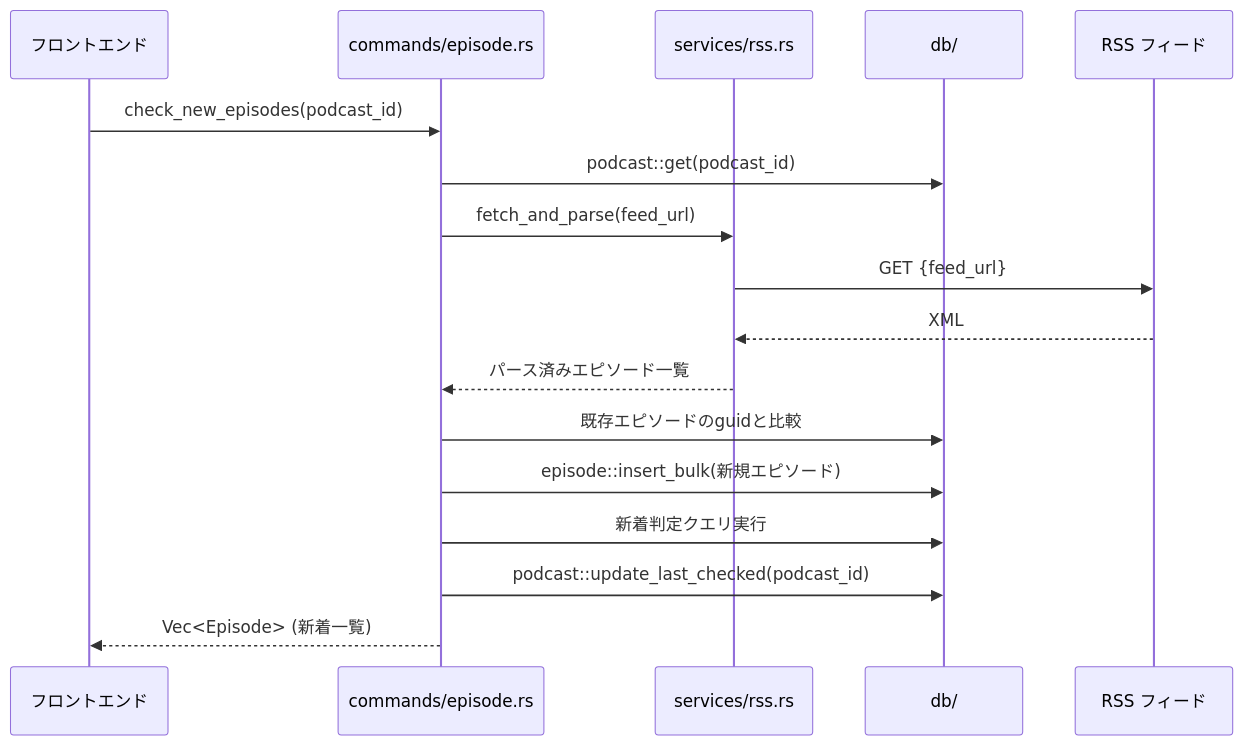
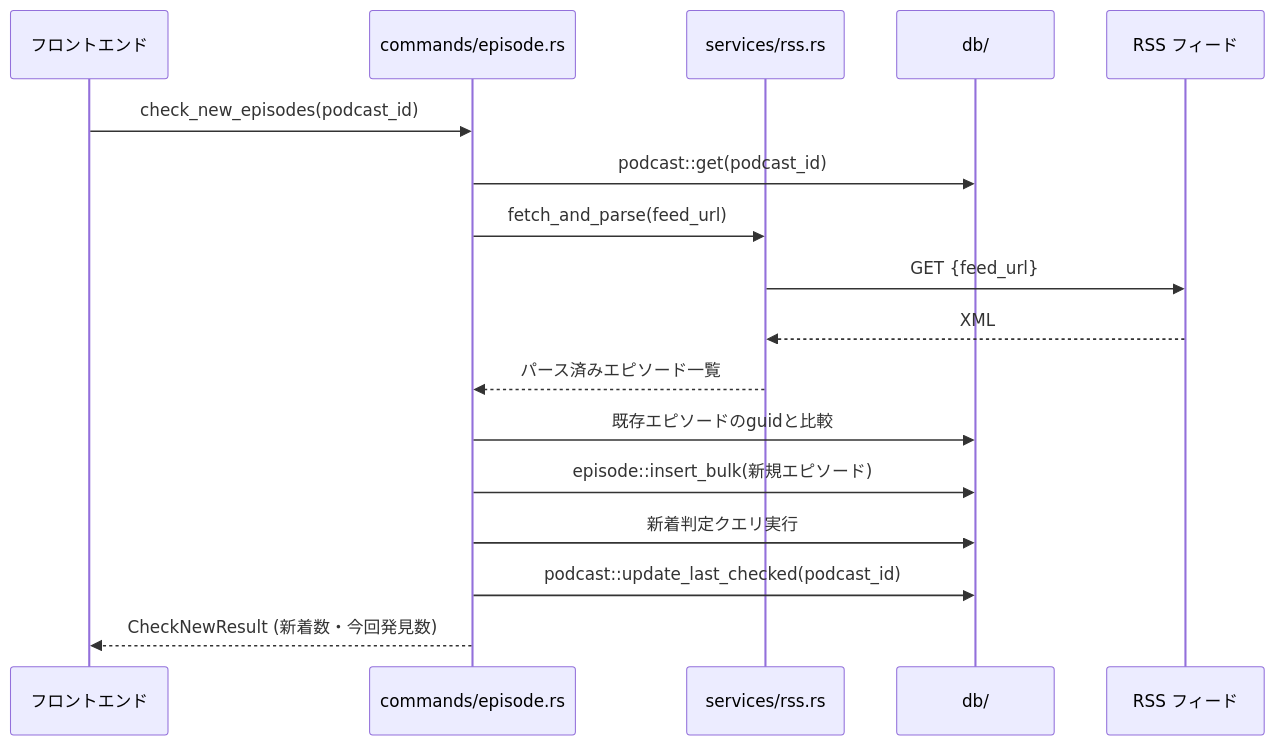
Before and after one commit to zenbo/podcast-downloader: the fifth of 7 diagrams in docs/02-architecture.md, drawn with Mermaid. The commit also changed other lines of this file and 3 other files, not shown here.

````diff
--- a/docs/02-architecture.md
+++ b/docs/02-architecture.md
@@ -266,20 +238,20 @@
 ```mermaid
 sequenceDiagram
     participant FE as フロントエンド
     participant Cmd as commands/episode.rs
     participant RSS as services/rss.rs
     participant DB as db/
     participant Feed as RSS フィード
 
     FE->>Cmd: check_new_episodes(podcast_id)
     Cmd->>DB: podcast::get(podcast_id)
     Cmd->>RSS: fetch_and_parse(feed_url)
     RSS->>Feed: GET {feed_url}
     Feed-->>RSS: XML
     RSS-->>Cmd: パース済みエピソード一覧
     Cmd->>DB: 既存エピソードのguidと比較
     Cmd->>DB: episode::insert_bulk(新規エピソード)
     Cmd->>DB: 新着判定クエリ実行
     Cmd->>DB: podcast::update_last_checked(podcast_id)
-    Cmd-->>FE: Vec<Episode> (新着一覧)
+    Cmd-->>FE: CheckNewResult (新着数・今回発見数)
 ```
````
